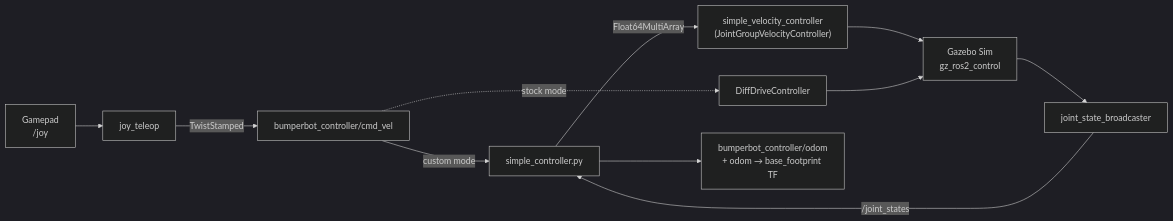
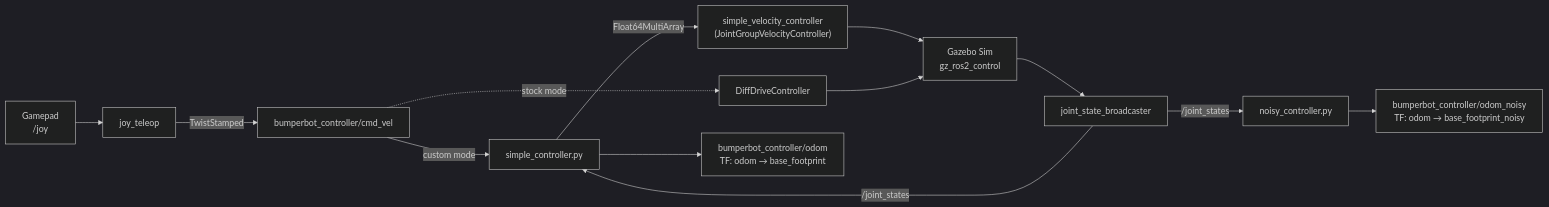
Before and after one commit to DivyomSrivastava/Bumper_Bot: the diagram in README.md, drawn with Mermaid (dark theme). The commit also changed other lines of this file and 1 other file, not shown here.

````diff
--- a/README.md
+++ b/README.md
@@ -162,17 +196,19 @@
 ```mermaid
 flowchart LR
     JOY["Gamepad<br/>/joy"] --> TELEOP["joy_teleop"]
     TELEOP -->|TwistStamped| CMD["bumperbot_controller/cmd_vel"]
 
     CMD -->|"custom mode"| SC["simple_controller.py"]
     SC -->|Float64MultiArray| VC["simple_velocity_controller<br/>(JointGroupVelocityController)"]
-
     CMD -.->|"stock mode"| DD["DiffDriveController"]
 
     VC --> GZ["Gazebo Sim<br/>gz_ros2_control"]
     DD --> GZ
 
     GZ --> JSB["joint_state_broadcaster"]
     JSB -->|"/joint_states"| SC
-    SC --> ODOM["bumperbot_controller/odom<br/>+ odom → base_footprint TF"]
+    JSB -->|"/joint_states"| NC["noisy_controller.py"]
+
+    SC --> ODOM["bumperbot_controller/odom<br/>TF: odom → base_footprint"]
+    NC --> NODOM["bumperbot_controller/odom_noisy<br/>TF: odom → base_footprint_noisy"]
 ```
````
